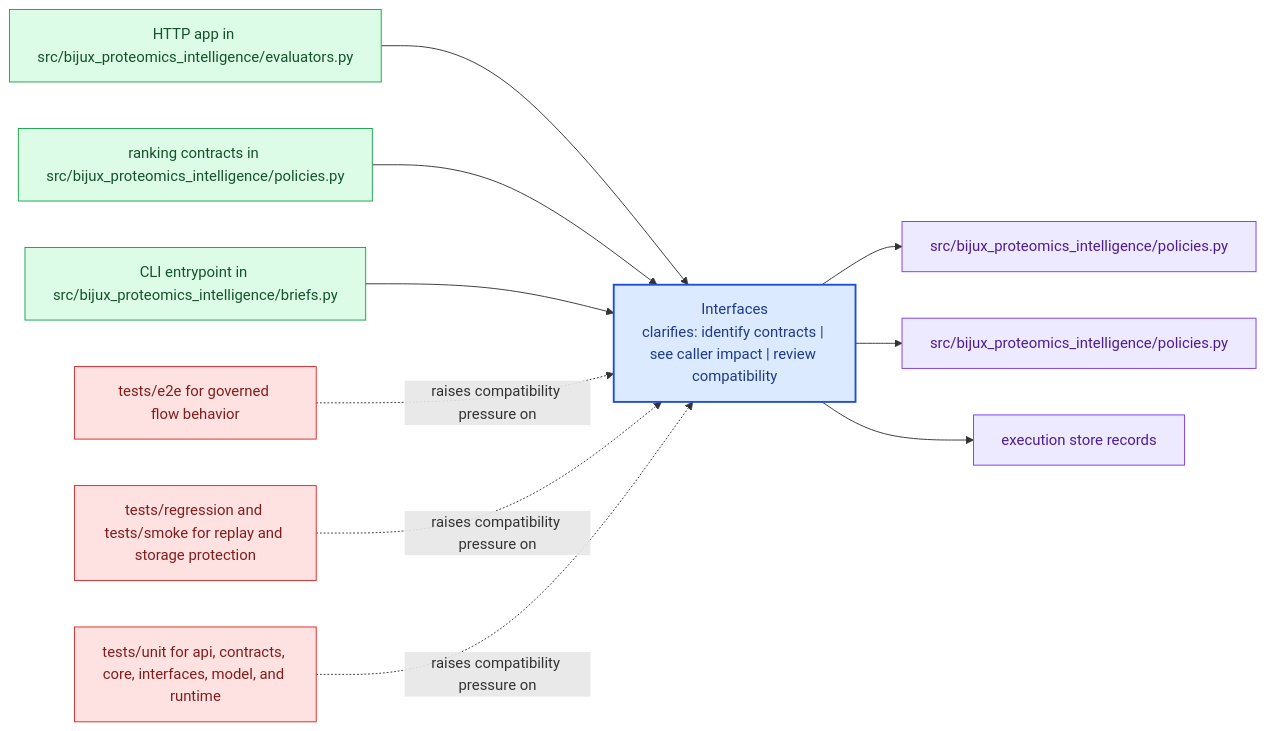
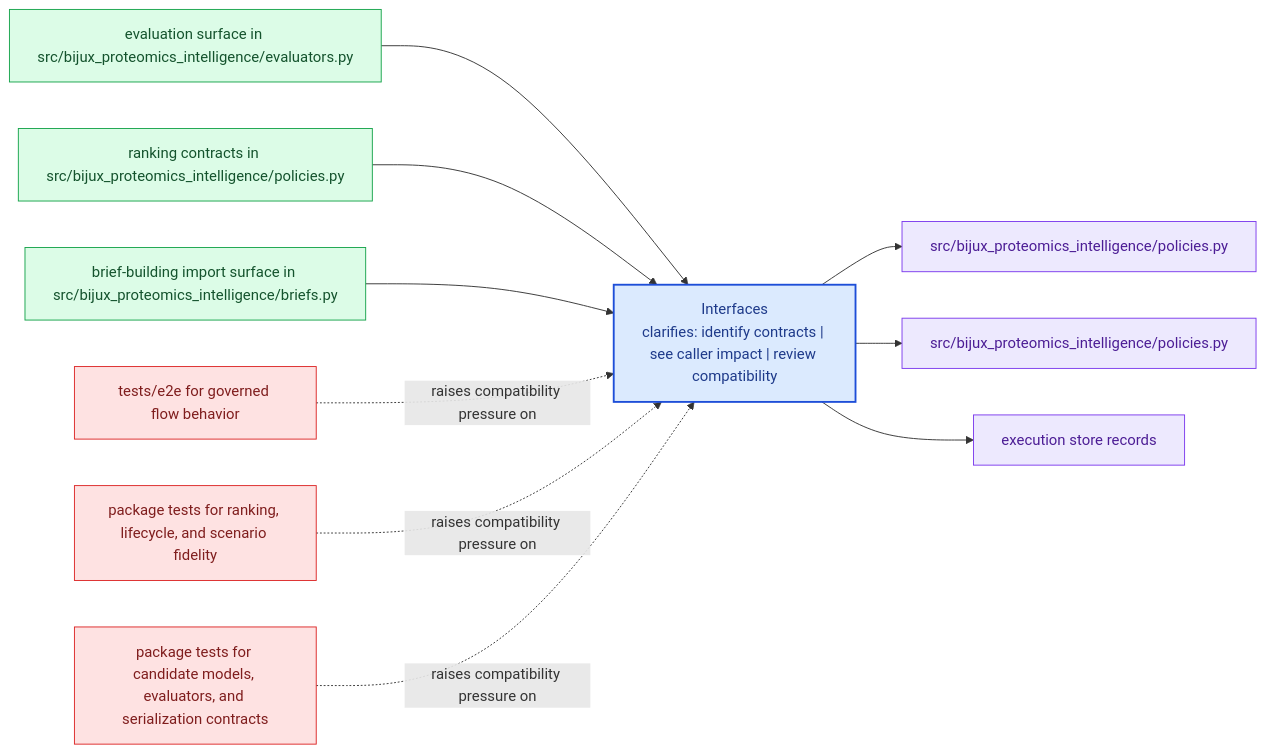
One commit to bijux/bijux-proteomics changed the diagram in docs/bijux-proteomics-intelligence/interfaces/index.md. Above: the diagram before and after it, drawn with Mermaid. The commit also changed other lines of this file, not shown here.

Commit message:
docs(intelligence-interfaces): correct index surface language to real imports and evaluators

````diff
--- a/docs/bijux-proteomics-intelligence/interfaces/index.md
+++ b/docs/bijux-proteomics-intelligence/interfaces/index.md
@@ -20,31 +20,31 @@
 ```mermaid
 flowchart LR
     page["Interfaces<br/>clarifies: identify contracts | see caller impact | review compatibility"]
     classDef page fill:#dbeafe,stroke:#1d4ed8,color:#1e3a8a,stroke-width:2px;
     classDef positive fill:#dcfce7,stroke:#16a34a,color:#14532d;
     classDef caution fill:#fee2e2,stroke:#dc2626,color:#7f1d1d;
     classDef anchor fill:#ede9fe,stroke:#7c3aed,color:#4c1d95;
     classDef action fill:#fef3c7,stroke:#d97706,color:#7c2d12;
-    surface1["HTTP app in src/bijux_proteomics_intelligence/evaluators.py"]
+    surface1["evaluation surface in src/bijux_proteomics_intelligence/evaluators.py"]
     surface1 --> page
     surface2["ranking contracts in src/bijux_proteomics_intelligence/policies.py"]
     surface2 --> page
-    surface3["CLI entrypoint in src/bijux_proteomics_intelligence/briefs.py"]
+    surface3["brief-building import surface in src/bijux_proteomics_intelligence/briefs.py"]
     surface3 --> page
     proof1["src/bijux_proteomics_intelligence/policies.py"]
     page --> proof1
     proof2["src/bijux_proteomics_intelligence/policies.py"]
     page --> proof2
     proof3["execution store records"]
     page --> proof3
     review1["tests/e2e for governed flow behavior"]
     review1 -.raises compatibility pressure on.-> page
-    review2["tests/regression and tests/smoke for replay and storage protection"]
+    review2["package tests for ranking, lifecycle, and scenario fidelity"]
     review2 -.raises compatibility pressure on.-> page
-    review3["tests/unit for api, contracts, core, interfaces, model, and runtime"]
+    review3["package tests for candidate models, evaluators, and serialization contracts"]
     review3 -.raises compatibility pressure on.-> page
     class page page;
     class surface1,surface2,surface3 positive;
     class proof1,proof2,proof3 anchor;
     class review1,review2,review3 caution;
 ```
````
